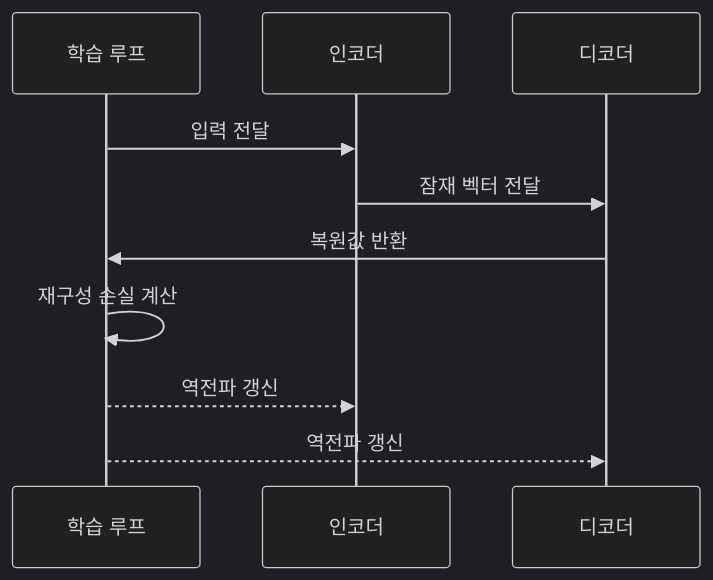
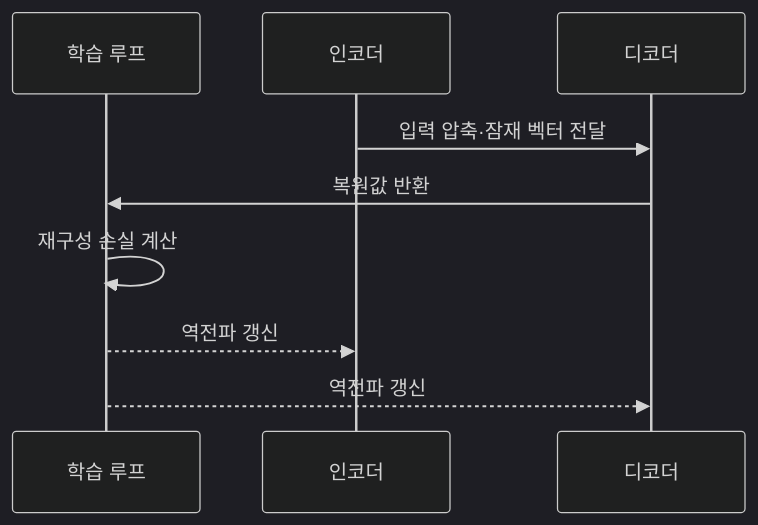
Before and after one commit to agnusdei1207/knowledge-base: the second of 2 diagrams in src/content/docs/notes/01-basic-theory/045_autoencoder.md, drawn with Mermaid (dark theme). The commit also changed other lines of this file and 1 other file, not shown here.

Commit message:
docs: 1과목 핵심 절차 도식 교정

````diff
--- a/src/content/docs/notes/01-basic-theory/045_autoencoder.md
+++ b/src/content/docs/notes/01-basic-theory/045_autoencoder.md
@@ -86,12 +86,11 @@
 ```mermaid
 sequenceDiagram
     participant L as 학습 루프
     participant E as 인코더
     participant D as 디코더
-    L->>E: 입력 전달
-    E->>D: 잠재 벡터 전달
+    E->>D: 입력 압축·잠재 벡터 전달
     D->>L: 복원값 반환
     L->>L: 재구성 손실 계산
     L-->>E: 역전파 갱신
     L-->>D: 역전파 갱신
 ```
````
